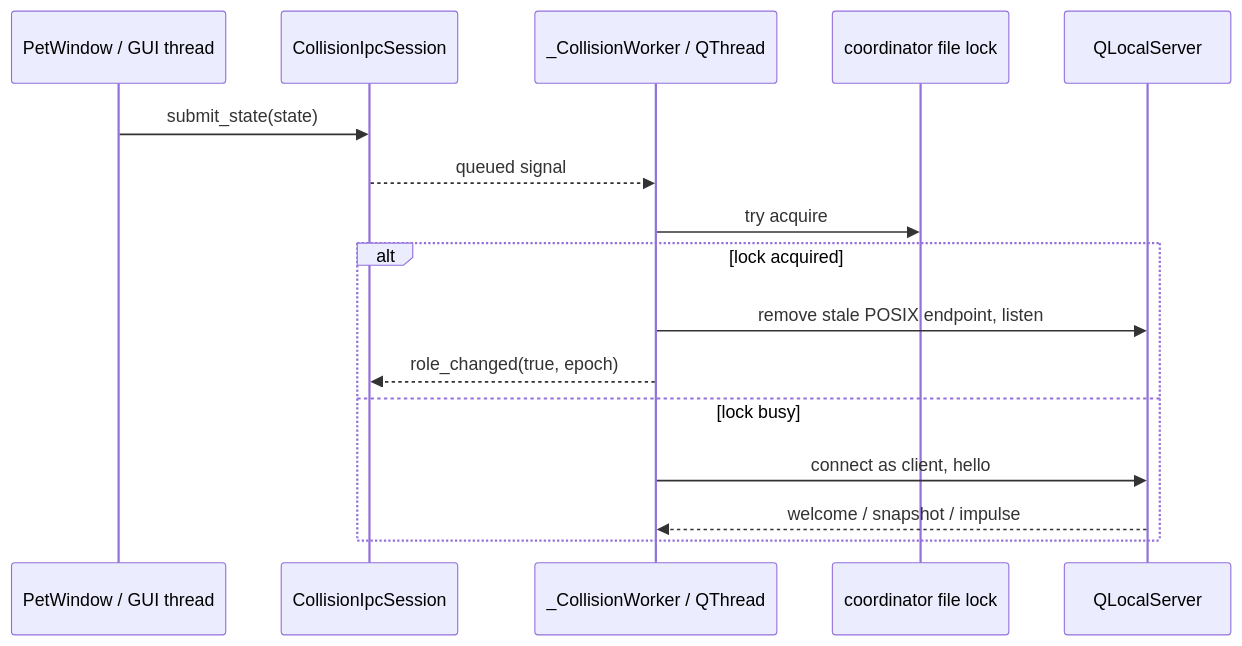
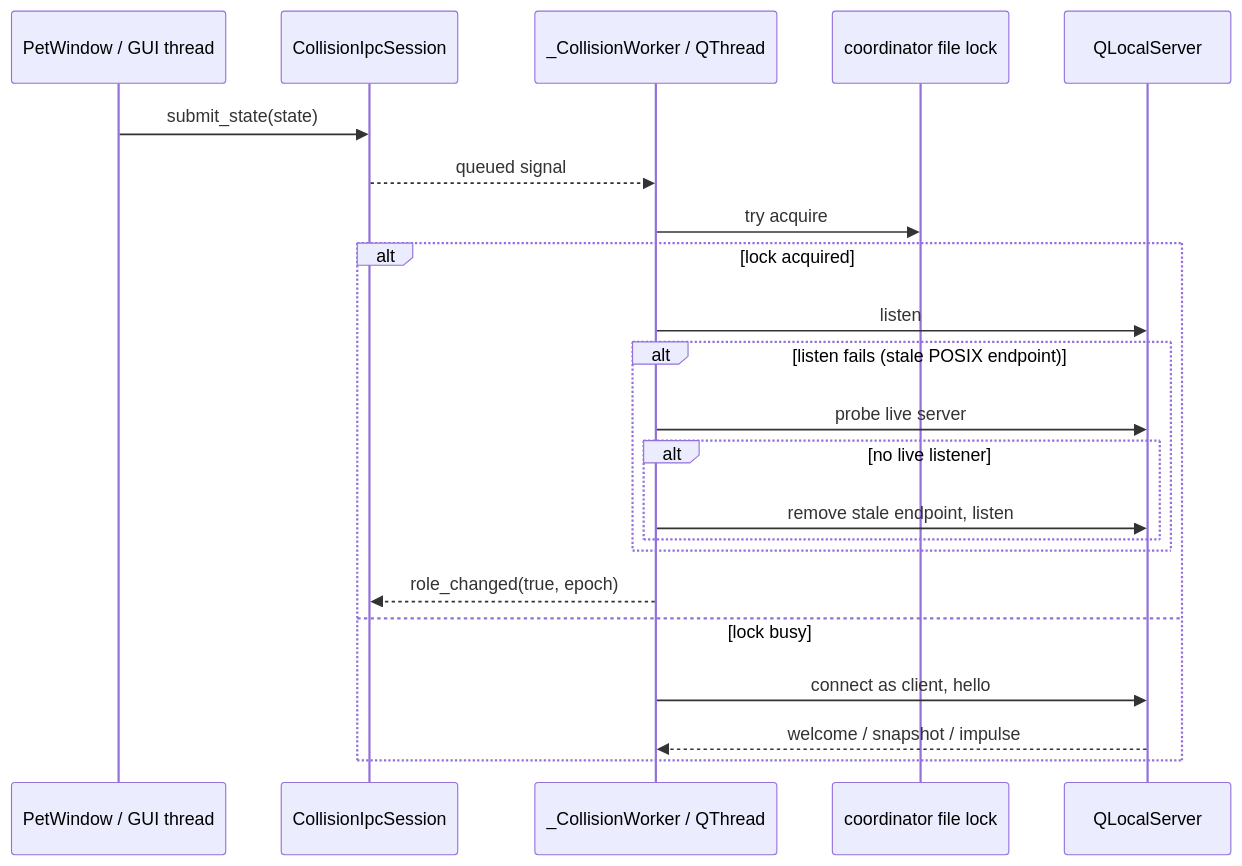
Before and after one commit to MerZlin/dsh-pet-indesktop: the second of 2 diagrams in AGENTS.md, drawn with Mermaid. The commit also changed other lines of this file, not shown here.

Commit message:
docs(AGENTS): 修正 POSIX IPC 清理描述与 mermaid 图，匹配实际探测后清理实现

````diff
--- a/AGENTS.md
+++ b/AGENTS.md
@@ -47,19 +47,25 @@
 ```mermaid
 sequenceDiagram
     participant GUI as PetWindow / GUI thread
     participant IPC as CollisionIpcSession
     participant W as _CollisionWorker / QThread
     participant L as coordinator file lock
     participant Q as QLocalServer
 
     GUI->>IPC: submit_state(state)
     IPC-->>W: queued signal
     W->>L: try acquire
     alt lock acquired
-        W->>Q: remove stale POSIX endpoint, listen
+        W->>Q: listen
+        alt listen fails (stale POSIX endpoint)
+            W->>Q: probe live server
+            alt no live listener
+                W->>Q: remove stale endpoint, listen
+            end
+        end
         W-->>IPC: role_changed(true, epoch)
     else lock busy
         W->>Q: connect as client, hello
         Q-->>W: welcome / snapshot / impulse
     end
 ```
````
